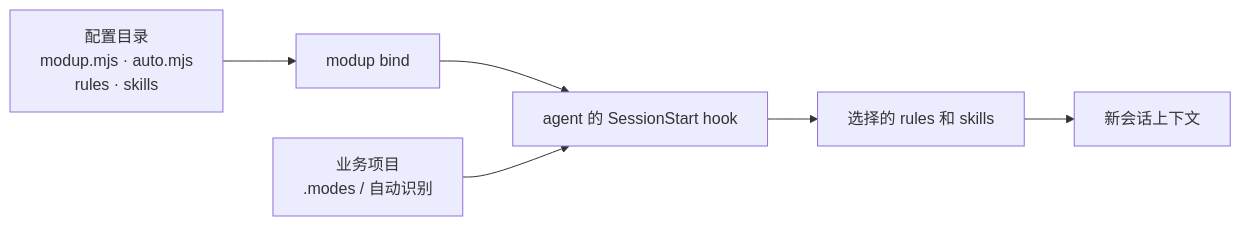
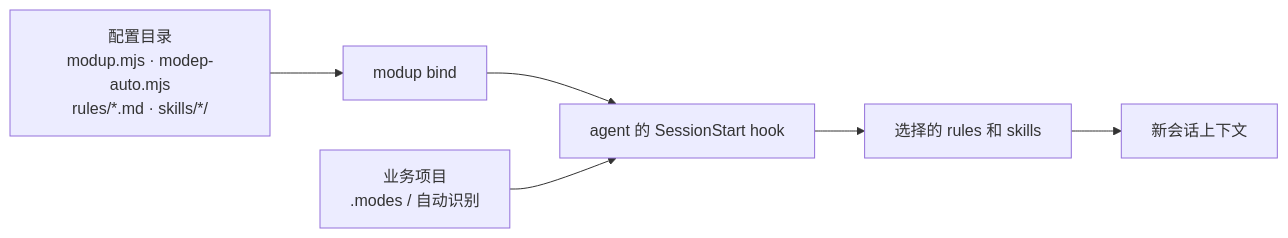
One commit to guxi11/modeck changed the diagram in README.md. Above: the diagram before and after it, drawn with Mermaid. The commit also changed other lines of this file, not shown here.

Commit message:
docs: align init resource paths and modep auto module

````diff
--- a/README.md
+++ b/README.md
@@ -76,8 +76,8 @@
 ```mermaid
 flowchart LR
-  Config["配置目录<br/>modup.mjs · auto.mjs<br/>rules · skills"] --> Bind["modup bind"]
+  Config["配置目录<br/>modup.mjs · modep-auto.mjs<br/>rules/*.md · skills/*/"] --> Bind["modup bind"]
   Bind --> Hook["agent 的 SessionStart hook"]
   Project["业务项目<br/>.modes / 自动识别"] --> Hook
   Hook --> Context["选择的 rules 和 skills"]
   Context --> Session["新会话上下文"]
 ```
````
